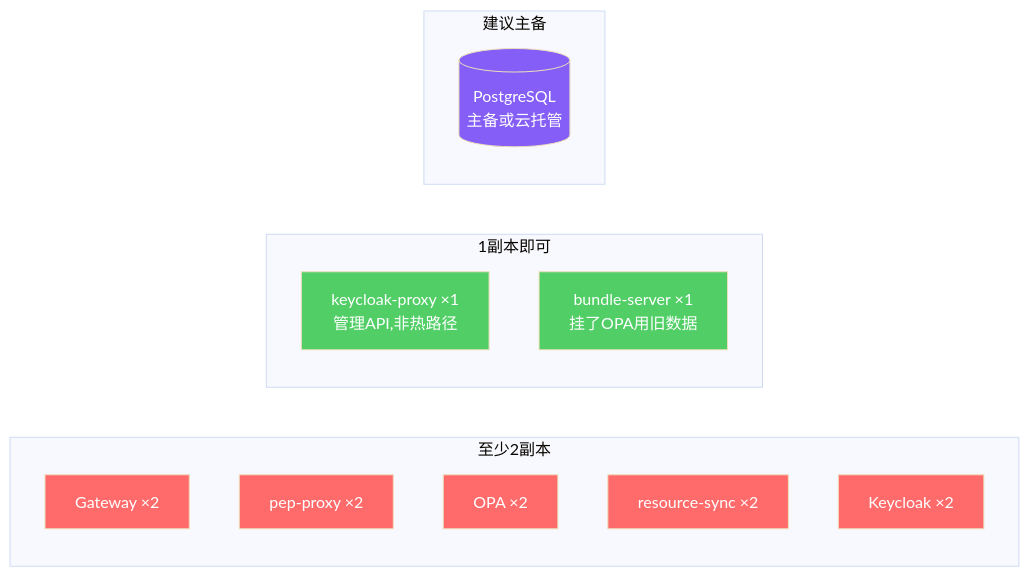
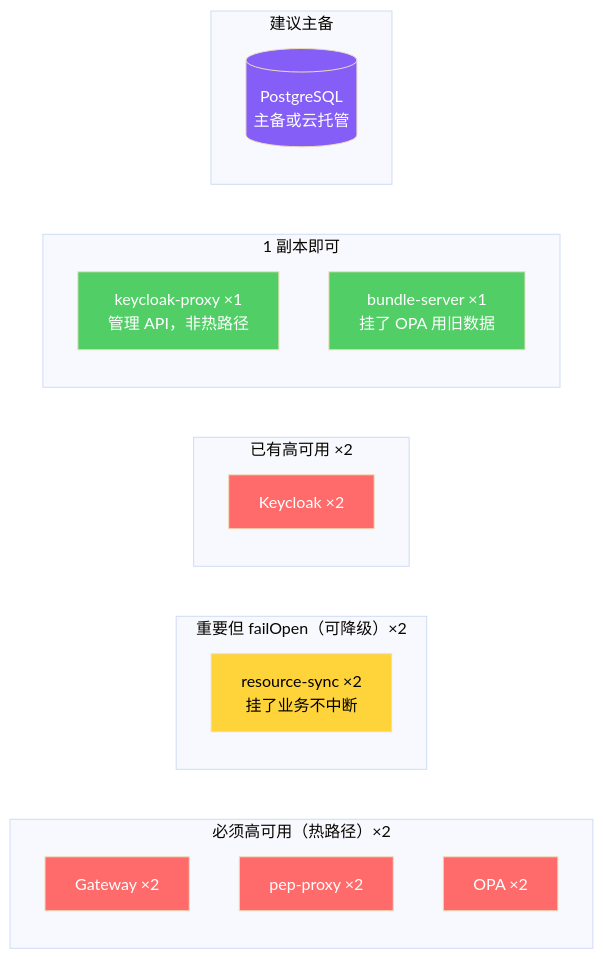
Before and after one commit to xiewanchao/aidp-iam: diagram 16 of 16 in diagrams/failure-scenarios.md, drawn with Mermaid (base theme). The commit also changed other lines of this file and 5 other files, not shown here.

````diff
--- a/diagrams/failure-scenarios.md
+++ b/diagrams/failure-scenarios.md
@@ -414,28 +570,34 @@
 ```mermaid
 flowchart LR
-    subgraph 至少2副本
-        GW[Gateway ×2]
-        PEP[pep-proxy ×2]
-        OPA[OPA ×2]
-        RS[resource-sync ×2]
-        KC[Keycloak ×2]
+    subgraph "必须高可用（热路径）×2"
+        GW["Gateway ×2"]
+        PEP["pep-proxy ×2"]
+        OPA["OPA ×2"]
     end
 
-    subgraph 1副本即可
-        KP[keycloak-proxy ×1<br/>管理API,非热路径]
-        BS[bundle-server ×1<br/>挂了OPA用旧数据]
+    subgraph "重要但 failOpen（可降级）×2"
+        RS["resource-sync ×2<br/>挂了业务不中断"]
     end
 
-    subgraph 建议主备
-        PG[(PostgreSQL<br/>主备或云托管)]
+    subgraph "已有高可用 ×2"
+        KC["Keycloak ×2"]
+    end
+
+    subgraph "1 副本即可"
+        KP["keycloak-proxy ×1<br/>管理 API，非热路径"]
+        BS["bundle-server ×1<br/>挂了 OPA 用旧数据"]
+    end
+
+    subgraph "建议主备"
+        PG[("PostgreSQL<br/>主备或云托管")]
     end
 
     style GW fill:#ff6b6b,color:#fff
     style PEP fill:#ff6b6b,color:#fff
     style OPA fill:#ff6b6b,color:#fff
-    style RS fill:#ff6b6b,color:#fff
+    style RS fill:#ffd43b,color:#000
     style KC fill:#ff6b6b,color:#fff
     style KP fill:#51cf66,color:#fff
     style BS fill:#51cf66,color:#fff
     style PG fill:#845ef7,color:#fff
 ```
````
